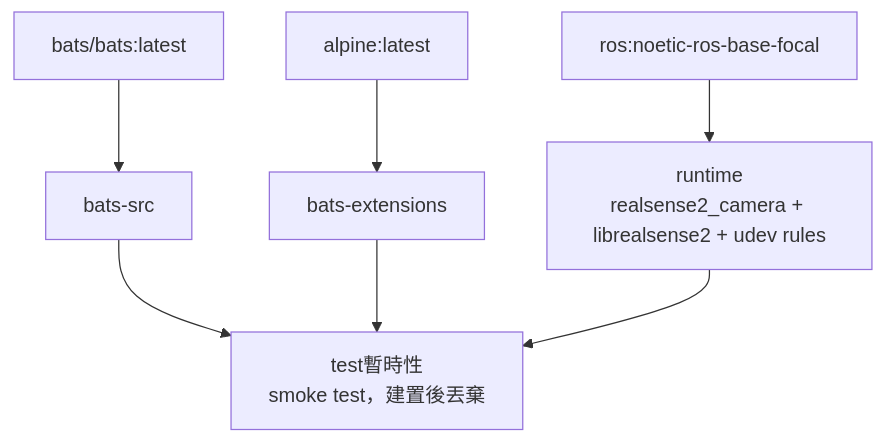
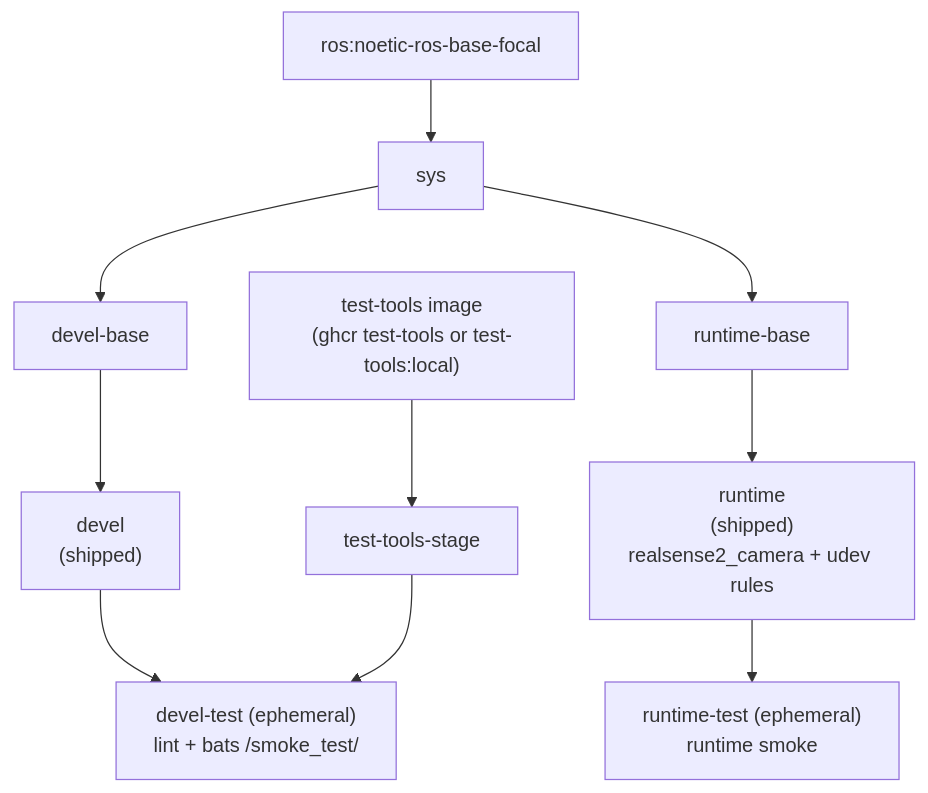
Before and after one commit to ycpss91255-docker/realsense_ros1: the diagram in doc/README.zh-TW.md, drawn with Mermaid. The commit also changed other lines of this file and 7 other files, not shown here.

First line of the commit message:
docs: ROS1 README re-sync + RGB-D demo-ization + CALIBRATION/CAMERA (epic #71) (#75)

````diff
--- a/doc/README.zh-TW.md
+++ b/doc/README.zh-TW.md
@@ -90,16 +246,19 @@
 ```mermaid
 graph TD
-    EXT1["bats/bats:latest"]
-    EXT2["alpine:latest"]
-    EXT3["ros:noetic-ros-base-focal"]
+    EXT1["test-tools image\n(ghcr test-tools or test-tools:local)"]
+    EXT2["ros:noetic-ros-base-focal"]
 
-    EXT1 --> bats-src["bats-src"]
-    EXT2 --> bats-ext["bats-extensions"]
+    EXT1 --> ttstage["test-tools-stage"]
 
-    EXT3 --> runtime["runtime\nrealsense2_camera + librealsense2 + udev rules"]
+    EXT2 --> sys["sys"]
 
-    bats-src --> test["test暫時性\nsmoke test，建置後丟棄"]
-    bats-ext --> test
-    runtime --> test
+    sys --> develbase["devel-base"]
+    develbase --> devel["devel\n(shipped)"]
+    devel --> develtest["devel-test (ephemeral)\nlint + bats /smoke_test/"]
 
+    sys --> runtimebase["runtime-base"]
+    runtimebase --> runtime["runtime\n(shipped)\nrealsense2_camera + udev rules"]
+    runtime --> runtimetest["runtime-test (ephemeral)\nruntime smoke"]
+
+    ttstage --> develtest
 ```
````
